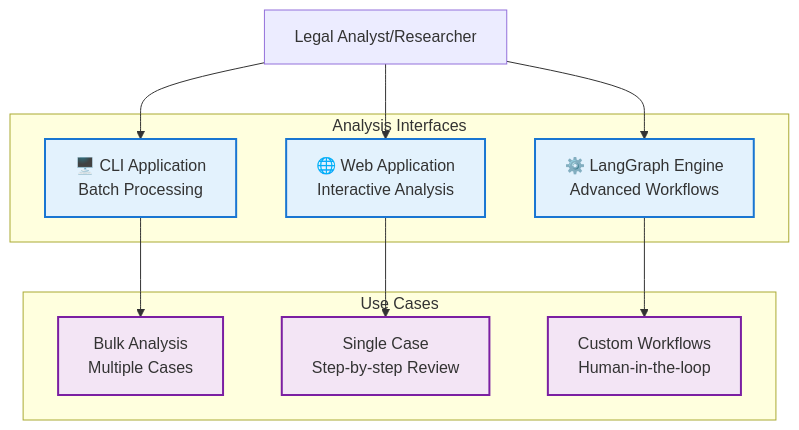
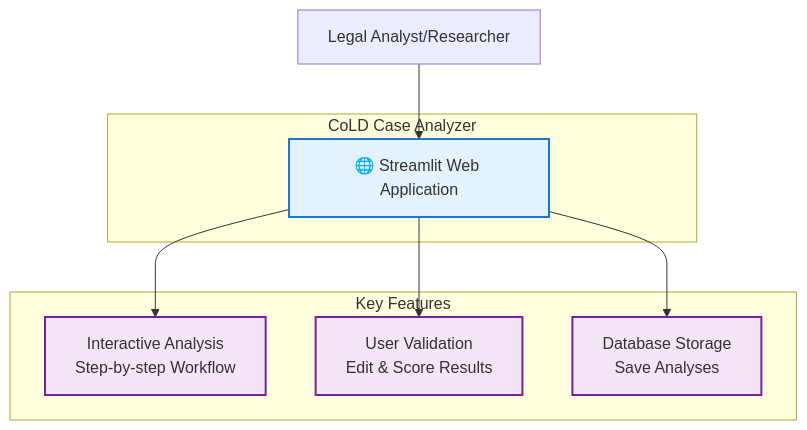
One commit to Choice-of-Law-Dataverse/cold-case-analysis changed the first of 2 diagrams in docs/QUICK_START.md. Above: the diagram before and after it, drawn with Mermaid. The commit also changed other lines of this file and 4 other files, not shown here.

First line of the commit message:
doc: rewrite documentation to reflect current single Streamlit application structure (#31)

````diff
--- a/docs/QUICK_START.md
+++ b/docs/QUICK_START.md
@@ -9,30 +9,25 @@
 ```mermaid
 graph TB
     User[Legal Analyst/Researcher]
     
-    subgraph "Analysis Interfaces"
-        CLI[🖥️ CLI Application<br/>Batch Processing]
-        Web[🌐 Web Application<br/>Interactive Analysis]
-        API[⚙️ LangGraph Engine<br/>Advanced Workflows]
+    subgraph "CoLD Case Analyzer"
+        WebApp[🌐 Streamlit Web Application]
     end
     
-    subgraph "Use Cases"
-        Batch[Bulk Analysis<br/>Multiple Cases]
-        Interactive[Single Case<br/>Step-by-step Review]
-        Advanced[Custom Workflows<br/>Human-in-the-loop]
+    subgraph "Key Features"
+        Interactive[Interactive Analysis<br/>Step-by-step Workflow]
+        Validation[User Validation<br/>Edit & Score Results]
+        Storage[Database Storage<br/>Save Analyses]
     end
     
-    User --> CLI
-    User --> Web
-    User --> API
+    User --> WebApp
+    WebApp --> Interactive
+    WebApp --> Validation
+    WebApp --> Storage
+
+    classDef app fill:#e3f2fd,stroke:#1976d2,stroke-width:2px
+    classDef feature fill:#f3e5f5,stroke:#7b1fa2,stroke-width:2px
     
-    CLI --> Batch
-    Web --> Interactive
-    API --> Advanced
-
-    classDef interface fill:#e3f2fd,stroke:#1976d2,stroke-width:2px
-    classDef usecase fill:#f3e5f5,stroke:#7b1fa2,stroke-width:2px
-    
-    class CLI,Web,API interface
-    class Batch,Interactive,Advanced usecase
+    class WebApp app
+    class Interactive,Validation,Storage feature
 ```
````
